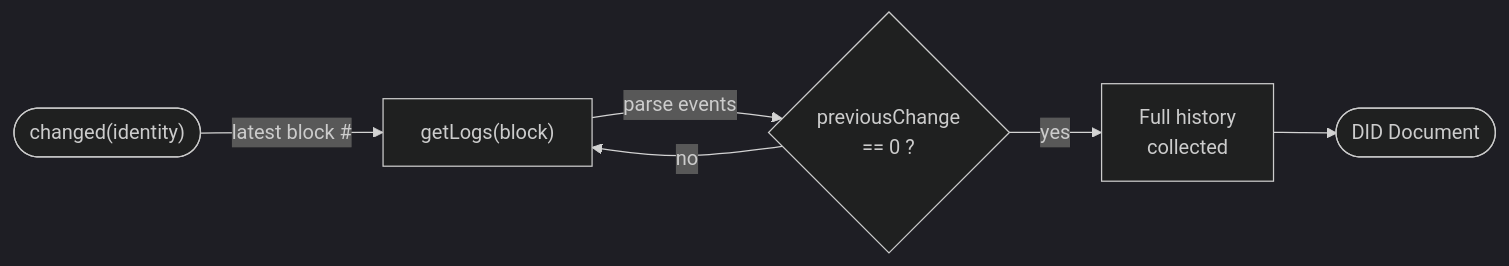
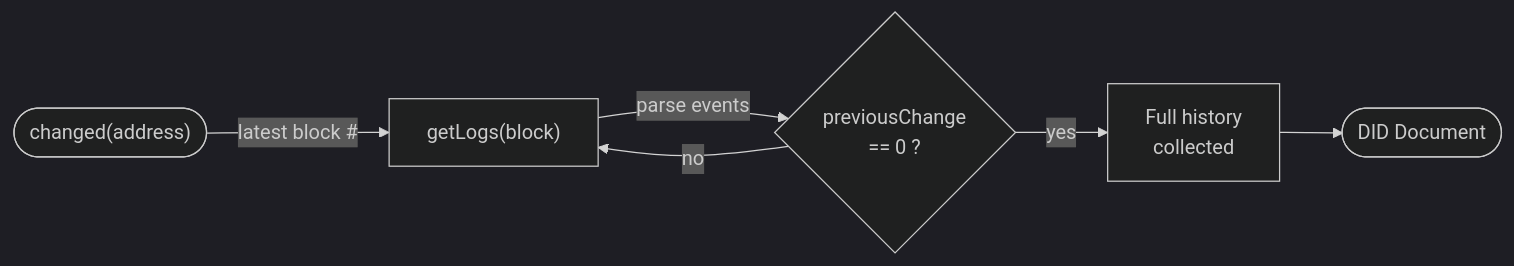
One commit to mirceanis/ethr-intro changed the first of 2 diagrams in public/slides.md. Above: the diagram before and after it, drawn with Mermaid (dark theme). The commit also changed other lines of this file and 1 other file, not shown here.

````diff
--- a/public/slides.md
+++ b/public/slides.md
@@ -266,8 +279,8 @@
 ```mermaid
 flowchart LR
-    A(["changed(identity)"]) -->|"latest block #"| B["getLogs(block)"]
+    A(["changed(address)"]) -->|"latest block #"| B["getLogs(block)"]
     B -->|"parse events"| C{"previousChange<br/>== 0 ?"}
     C -->|no| B
     C -->|yes| D["Full history<br/>collected"]
     D --> F(["DID Document"])
 ```
````
